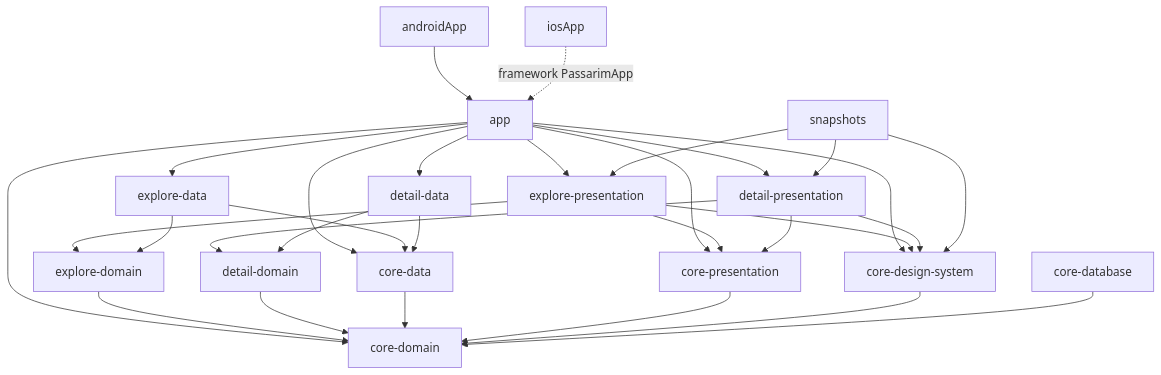
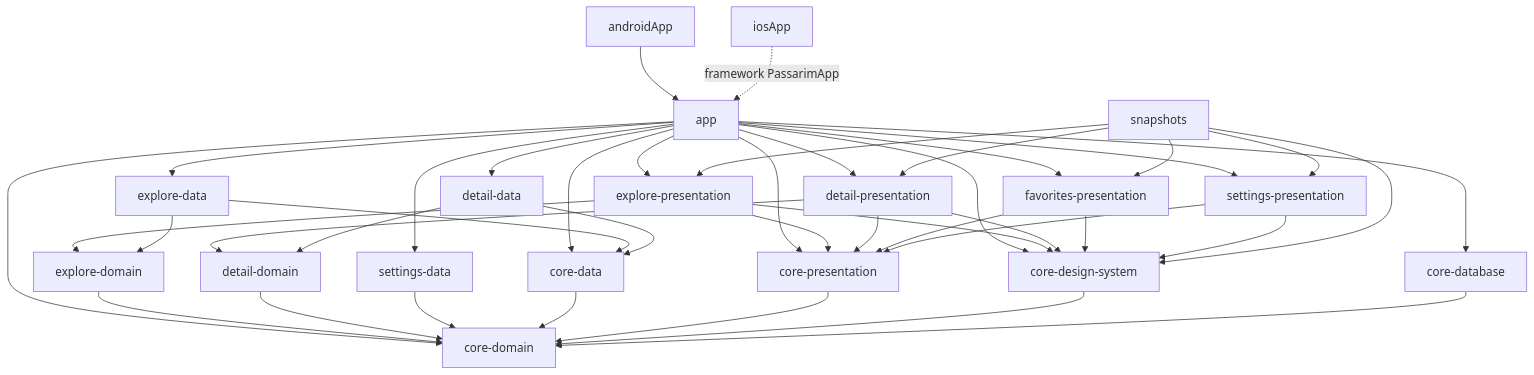
One commit to velosobr/passarim-app changed the diagram in README.md. Above: the diagram before and after it, drawn with Mermaid. The commit also changed other lines of this file, not shown here.

Commit message:
docs: README da etapa 5d (módulos de Favoritos e Configurações, Room, DataStore e licenças)

````diff
--- a/README.md
+++ b/README.md
@@ -22,32 +22,43 @@
 ```mermaid
 graph TD
     androidApp --> app
     iosApp -. framework PassarimApp .-> app
     app --> core-domain
     app --> core-data
     app --> core-presentation
     app --> core-design-system
     app --> explore-data
     app --> explore-presentation
     app --> detail-data
     app --> detail-presentation
+    app --> favorites-presentation
+    app --> settings-data
+    app --> settings-presentation
+    app --> core-database
     explore-presentation --> explore-domain
     explore-presentation --> core-presentation
     explore-presentation --> core-design-system
     explore-data --> explore-domain
     explore-data --> core-data
     explore-domain --> core-domain
     detail-presentation --> detail-domain
     detail-presentation --> core-presentation
     detail-presentation --> core-design-system
     detail-data --> detail-domain
     detail-data --> core-data
     detail-domain --> core-domain
+    favorites-presentation --> core-presentation
+    favorites-presentation --> core-design-system
+    settings-presentation --> core-presentation
+    settings-presentation --> core-design-system
+    settings-data --> core-domain
     core-data --> core-domain
     core-presentation --> core-domain
     core-design-system --> core-domain
     core-database --> core-domain
     snapshots --> core-design-system
     snapshots --> explore-presentation
     snapshots --> detail-presentation
+    snapshots --> favorites-presentation
+    snapshots --> settings-presentation
 ```
````
